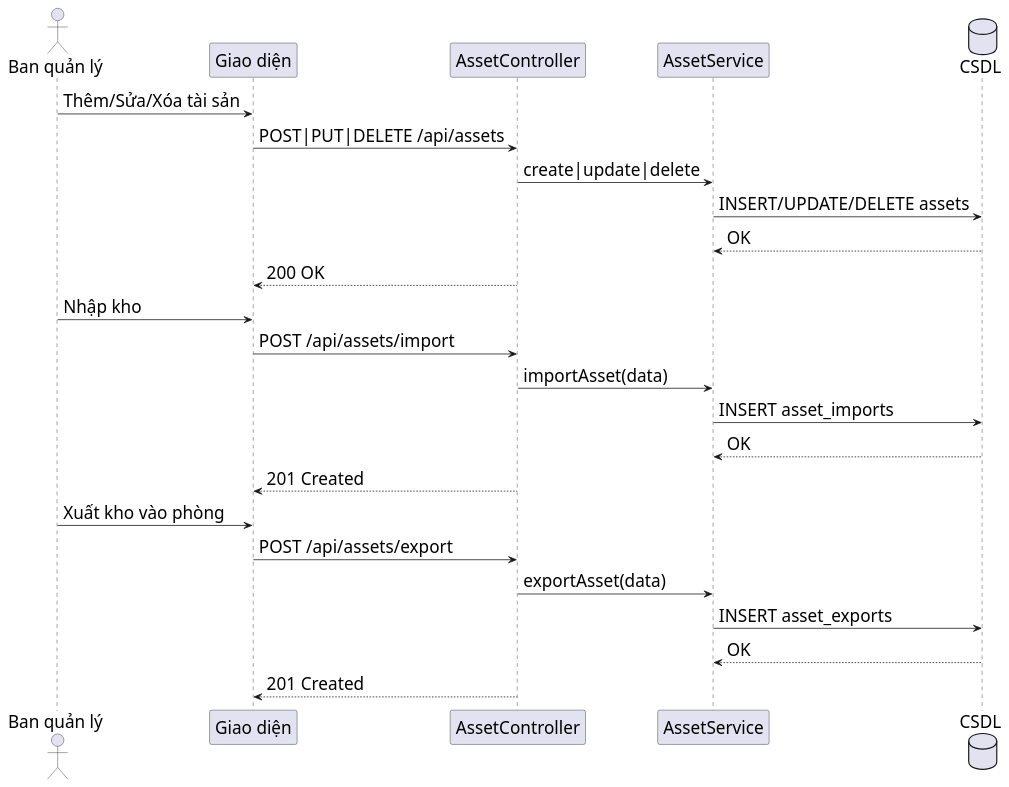
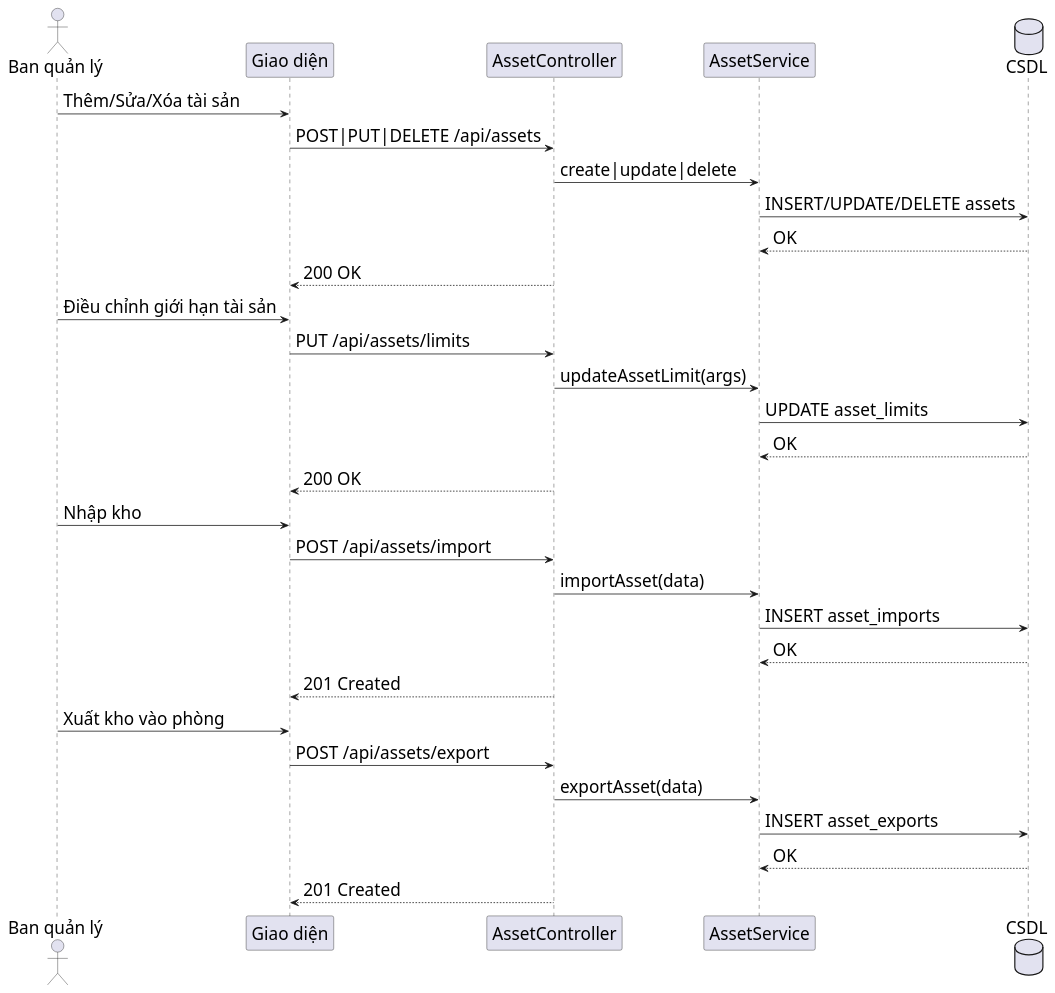
Before and after one commit to s0nbuildtech287/dormitory-frontend: the diagram in diagrams/nhomtaisan/asset_management_sequence.puml, drawn with PlantUML. The commit also changed 3 other files, not shown here.

```diff
--- a/diagrams/nhomtaisan/asset_management_sequence.puml
+++ b/diagrams/nhomtaisan/asset_management_sequence.puml
@@ -1,31 +1,38 @@
 @startuml "Asset Management Sequence"
 skinparam defaultFontSize 22
 skinparam defaultFontName "Times New Roman"
 skinparam sequenceMessageSize 22
 actor "Ban quản lý" as Admin
 participant "Giao diện" as FE
 participant "AssetController" as AC
 participant "AssetService" as AS
 database "CSDL" as DB
 
 Admin -> FE: Thêm/Sửa/Xóa tài sản
 FE -> AC: POST|PUT|DELETE /api/assets
 AC -> AS: create|update|delete
 AS -> DB: INSERT/UPDATE/DELETE assets
 DB --> AS: OK
 AC --> FE: 200 OK
 
+Admin -> FE: Điều chỉnh giới hạn tài sản
+FE -> AC: PUT /api/assets/limits
+AC -> AS: updateAssetLimit(args)
+AS -> DB: UPDATE asset_limits
+DB --> AS: OK
+AC --> FE: 200 OK
+
 Admin -> FE: Nhập kho
 FE -> AC: POST /api/assets/import
 AC -> AS: importAsset(data)
 AS -> DB: INSERT asset_imports
 DB --> AS: OK
 AC --> FE: 201 Created
 
 Admin -> FE: Xuất kho vào phòng
 FE -> AC: POST /api/assets/export
 AC -> AS: exportAsset(data)
 AS -> DB: INSERT asset_exports
 DB --> AS: OK
 AC --> FE: 201 Created
 @enduml
```
